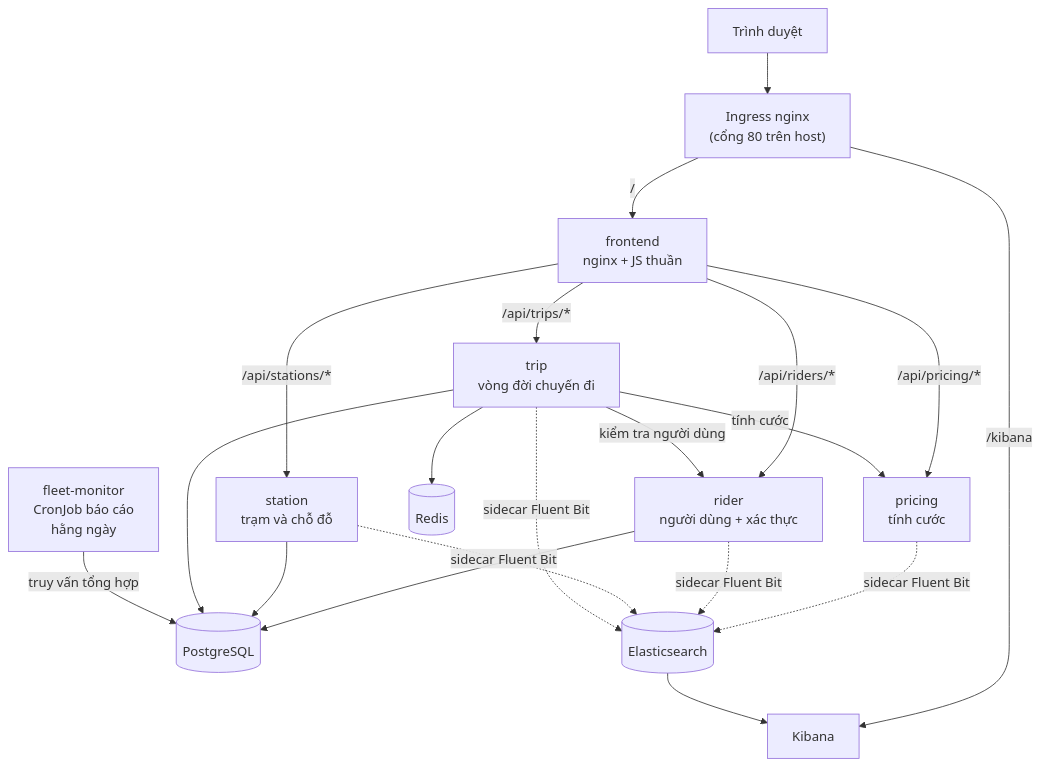
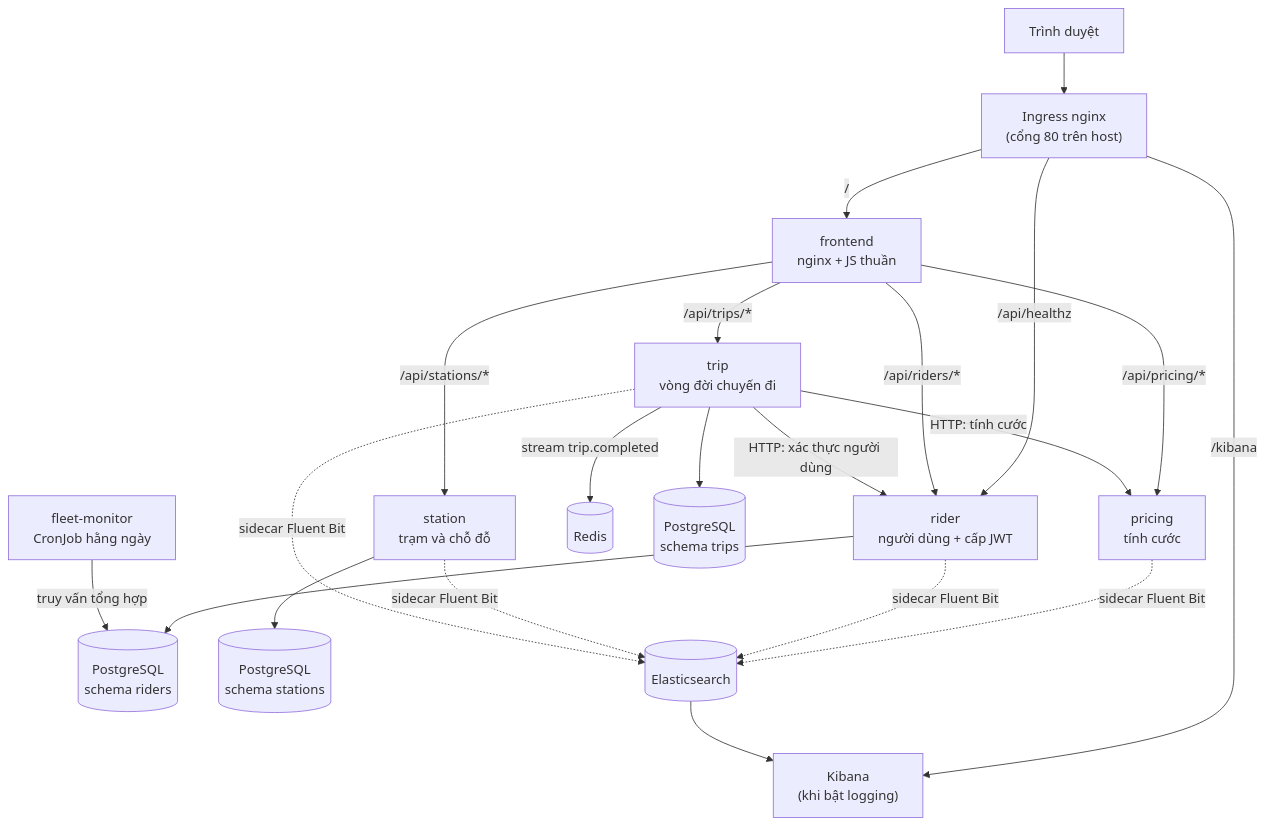
Before and after one commit to hieulven/ckad-veloshare: the diagram in README.md, drawn with Mermaid. The commit also changed other lines of this file and 165 other files, not shown here.

````diff
--- a/README.md
+++ b/README.md
@@ -58,24 +113,25 @@
 ```mermaid
 flowchart TB
     B["Trình duyệt"] --> ING["Ingress nginx<br/>(cổng 80 trên host)"]
     ING -->|"/"| FE["frontend<br/>nginx + JS thuần"]
-    ING -->|"/kibana"| KB["Kibana"]
+    ING -->|"/api/healthz"| RD
+    ING -->|"/kibana"| KB["Kibana<br/>(khi bật logging)"]
 
     FE -->|"/api/pricing/*"| PR["pricing<br/>tính cước"]
-    FE -->|"/api/riders/*"| RD["rider<br/>người dùng + xác thực"]
+    FE -->|"/api/riders/*"| RD["rider<br/>người dùng + cấp JWT"]
     FE -->|"/api/stations/*"| ST["station<br/>trạm và chỗ đỗ"]
     FE -->|"/api/trips/*"| TR["trip<br/>vòng đời chuyến đi"]
 
-    TR -->|"tính cước"| PR
-    TR -->|"kiểm tra người dùng"| RD
-    TR --> RDS[("Redis")]
+    TR -->|"HTTP: tính cước"| PR
+    TR -->|"HTTP: xác thực người dùng"| RD
+    TR -->|"stream trip.completed"| RDS[("Redis")]
 
-    RD --> PG[("PostgreSQL")]
-    ST --> PG
-    TR --> PG
+    RD --> PG[("PostgreSQL<br/>schema riders")]
+    ST --> PG2[("PostgreSQL<br/>schema stations")]
+    TR --> PG3[("PostgreSQL<br/>schema trips")]
 
-    FM["fleet-monitor<br/>CronJob báo cáo<br/>hằng ngày"] -->|"truy vấn tổng hợp"| PG
+    FM["fleet-monitor<br/>CronJob hằng ngày"] -->|"truy vấn tổng hợp"| PG
 
     PR & RD & ST & TR -.->|"sidecar Fluent Bit"| ES[("Elasticsearch")]
     ES --> KB
 ```
````
